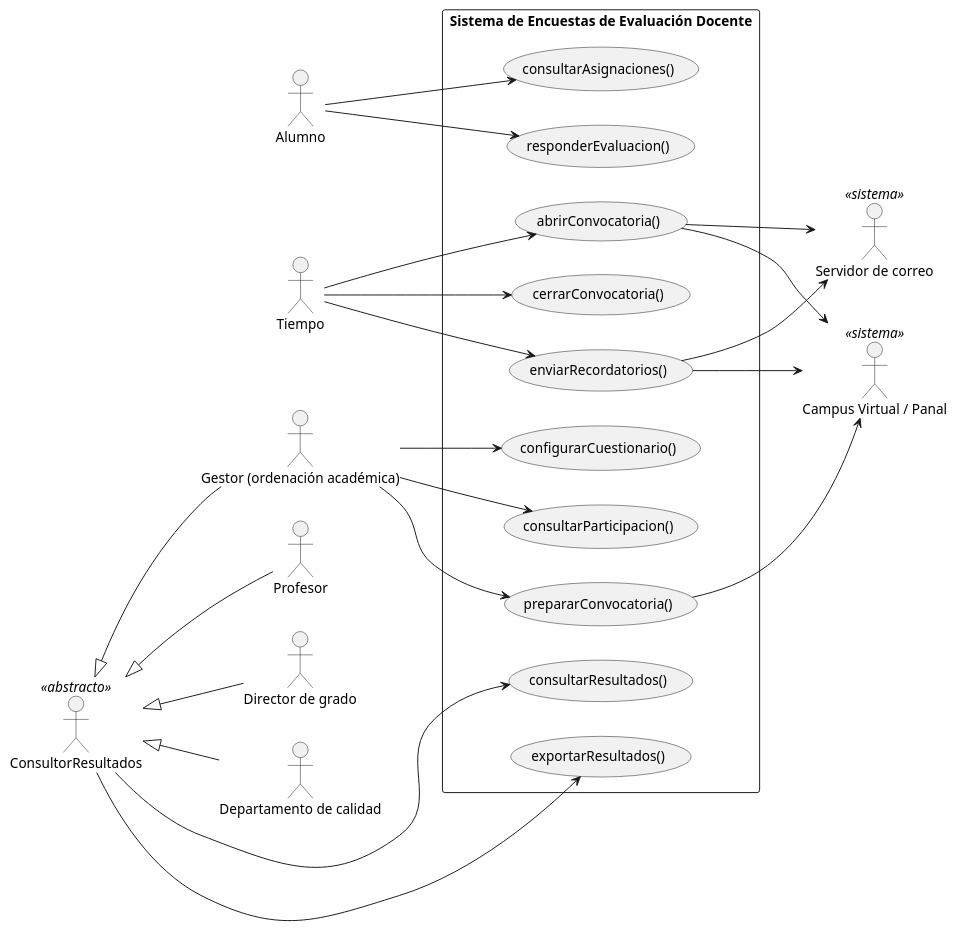
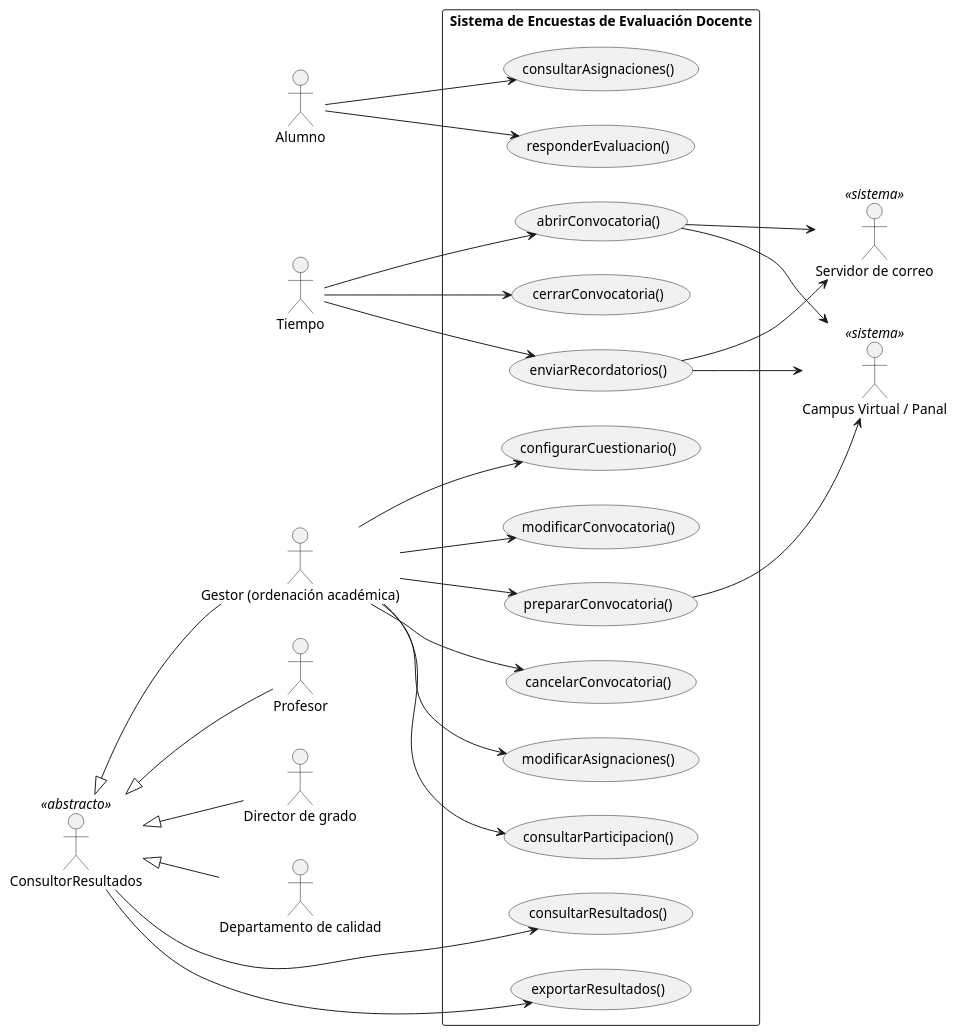
The diagram in documentos/casos-uso/diagramas/actoresCasosUso.puml (Raultascon/26-27-IdSw1-SDR), drawn with PlantUML before and after one commit. The commit also changed 1 other file, not shown here.

Commit message:
feat(cu): añade casos de uso de gestión de convocatoria y asignaciones [refs #22]
Añade modificarConvocatoria(), cancelarConvocatoria() y modificarAsignaciones() para el Gestor y ajusta el criterio de modelado sobre CRUD. Quedan marcados como pendientes de validar con el cliente.

```diff
--- a/documentos/casos-uso/diagramas/actoresCasosUso.puml
+++ b/documentos/casos-uso/diagramas/actoresCasosUso.puml
@@ -1,53 +1,59 @@
 @startuml actoresCasosUso
 left to right direction
 
 actor "Gestor (ordenación académica)" as Gestor
 actor "Alumno" as Alumno
 actor "Tiempo" as Tiempo
 
 rectangle "Sistema de Encuestas de Evaluación Docente" {
   usecase configurarCuestionario as "configurarCuestionario()"
   usecase prepararConvocatoria as "prepararConvocatoria()"
+  usecase modificarConvocatoria as "modificarConvocatoria()"
+  usecase cancelarConvocatoria as "cancelarConvocatoria()"
+  usecase modificarAsignaciones as "modificarAsignaciones()"
   usecase consultarParticipacion as "consultarParticipacion()"
   usecase consultarAsignaciones as "consultarAsignaciones()"
   usecase responderEvaluacion as "responderEvaluacion()"
   usecase abrirConvocatoria as "abrirConvocatoria()"
   usecase enviarRecordatorios as "enviarRecordatorios()"
   usecase cerrarConvocatoria as "cerrarConvocatoria()"
   usecase consultarResultados as "consultarResultados()"
   usecase exportarResultados as "exportarResultados()"
 }
 
 actor "ConsultorResultados" as ConsultorResultados <<abstracto>>
 actor "Profesor" as Profesor
 actor "Director de grado" as DirectorGrado
 actor "Departamento de calidad" as Calidad
 
 actor "Campus Virtual / Panal" as CampusVirtual <<sistema>>
 actor "Servidor de correo" as ServidorCorreo <<sistema>>
 
 Gestor --> configurarCuestionario
 Gestor --> prepararConvocatoria
+Gestor --> modificarConvocatoria
+Gestor --> cancelarConvocatoria
+Gestor --> modificarAsignaciones
 Gestor --> consultarParticipacion
 
 Alumno --> consultarAsignaciones
 Alumno --> responderEvaluacion
 
 Tiempo --> abrirConvocatoria
 Tiempo --> enviarRecordatorios
 Tiempo --> cerrarConvocatoria
 
 consultarResultados <-- ConsultorResultados
 exportarResultados <-- ConsultorResultados
 
 ConsultorResultados <|-- Profesor
 ConsultorResultados <|-- DirectorGrado
 ConsultorResultados <|-- Calidad
 ConsultorResultados <|-- Gestor
 
 prepararConvocatoria --> CampusVirtual
 abrirConvocatoria --> CampusVirtual
 abrirConvocatoria --> ServidorCorreo
 enviarRecordatorios --> CampusVirtual
 enviarRecordatorios --> ServidorCorreo
 @enduml
```
